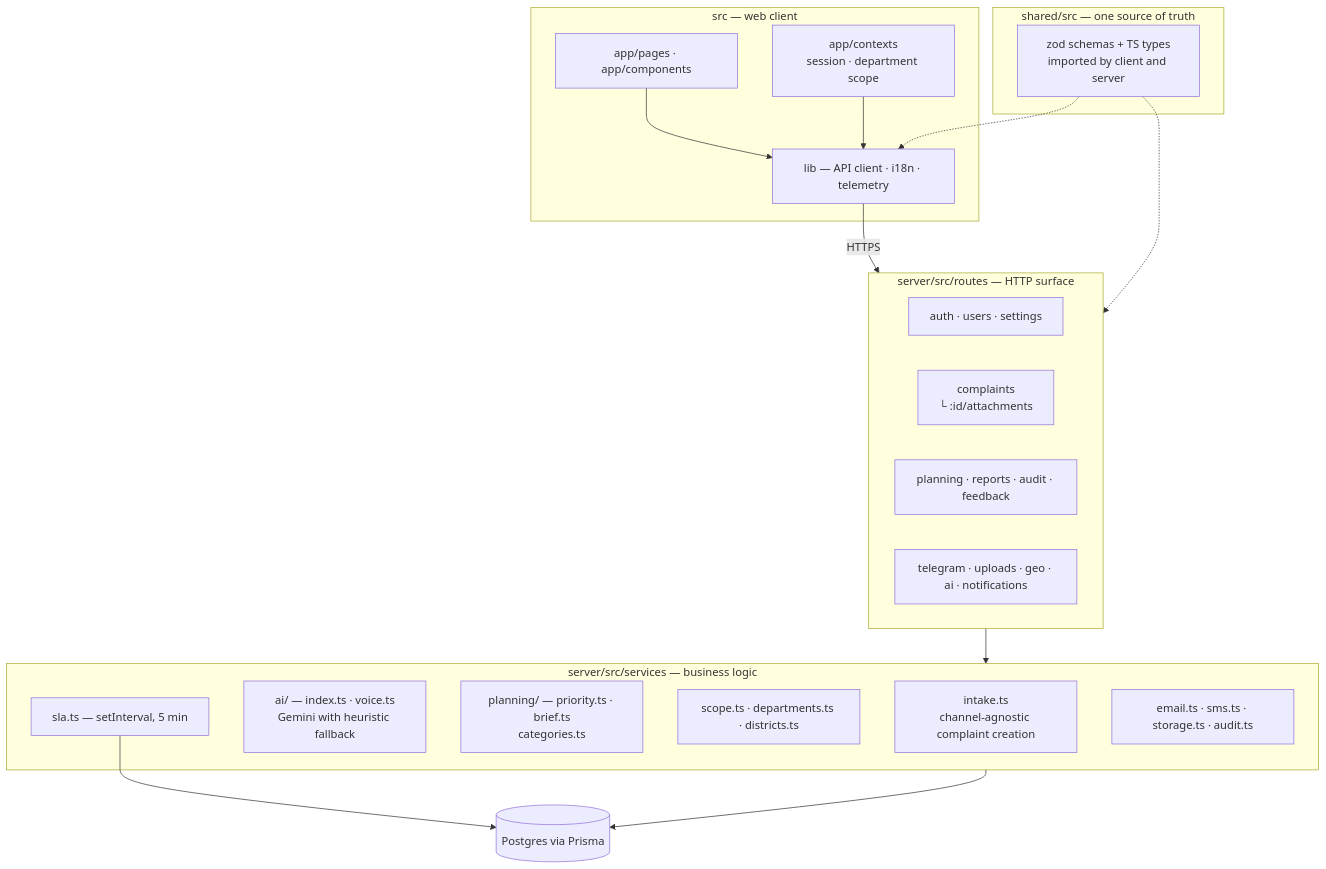
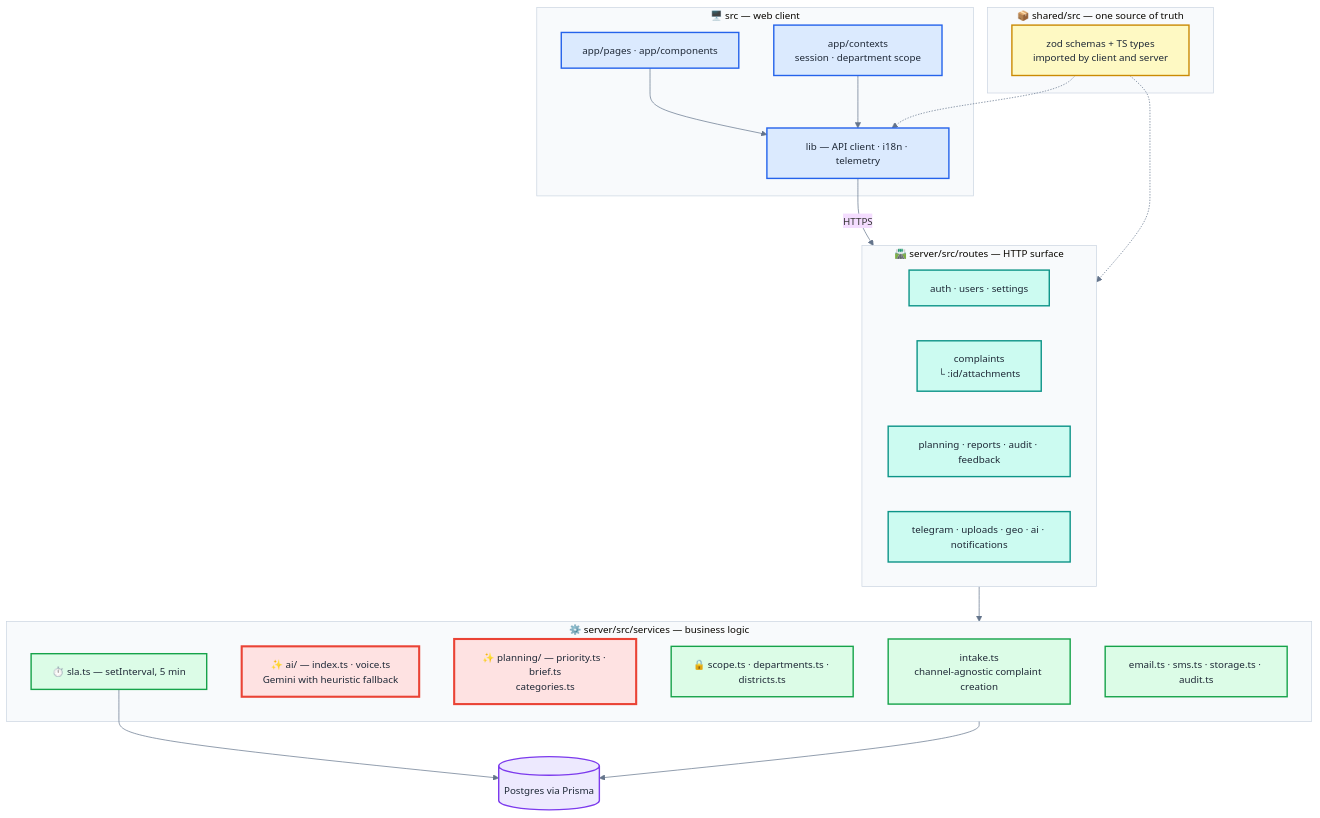
One commit to khushboocodes/Nivaran changed the third of 7 diagrams in README.md. Above: the diagram before and after it, drawn with Mermaid. The commit also changed other lines of this file, not shown here.

First line of the commit message:
docs(readme): colour the diagrams, document every Google call site, expand history

````diff
--- a/README.md
+++ b/README.md
@@ -278,39 +410,54 @@
 ```mermaid
+%%{init: {'theme':'base','themeVariables':{'fontSize':'14px','lineColor':'#64748b','clusterBkg':'#f8fafc','clusterBorder':'#cbd5e1'}}}%%
 graph TB
-    subgraph shared["shared/src — one source of truth"]
+    subgraph shared["📦 shared/src — one source of truth"]
         ZOD["zod schemas + TS types<br/>imported by client and server"]
     end
 
-    subgraph client["src — web client"]
+    subgraph client["🖥️ src — web client"]
         PAGES["app/pages · app/components"]
         CTX["app/contexts<br/>session · department scope"]
         LIB["lib — API client · i18n · telemetry"]
     end
 
-    subgraph routes["server/src/routes — HTTP surface"]
+    subgraph routes["🛣️ server/src/routes — HTTP surface"]
         R1["auth · users · settings"]
         R2["complaints<br/>└ :id/attachments"]
         R3["planning · reports · audit · feedback"]
         R4["telegram · uploads · geo · ai · notifications"]
     end
 
-    subgraph services["server/src/services — business logic"]
+    subgraph services["⚙️ server/src/services — business logic"]
         S1["intake.ts<br/>channel-agnostic complaint creation"]
-        S2["ai/ — index.ts · voice.ts<br/>Gemini with heuristic fallback"]
-        S3["planning/ — priority.ts · brief.ts<br/>categories.ts"]
-        S4["scope.ts · departments.ts · districts.ts"]
-        S5["sla.ts — setInterval, 5 min"]
+        S2["✨ ai/ — index.ts · voice.ts<br/>Gemini with heuristic fallback"]
+        S3["✨ planning/ — priority.ts · brief.ts<br/>categories.ts"]
+        S4["🔒 scope.ts · departments.ts · districts.ts"]
+        S5["⏱️ sla.ts — setInterval, 5 min"]
         S6["email.ts · sms.ts · storage.ts · audit.ts"]
     end
 
     DB[("Postgres via Prisma")]
 
     PAGES --> LIB
     CTX --> LIB
     LIB -->|HTTPS| routes
     ZOD -.-> LIB
     ZOD -.-> routes
     routes --> services
     services --> DB
     S5 --> DB
+
+    classDef contract fill:#fef9c3,stroke:#ca8a04,stroke-width:2px,color:#1f2937
+    classDef web fill:#dbeafe,stroke:#2563eb,stroke-width:2px,color:#1f2937
+    classDef route fill:#ccfbf1,stroke:#0d9488,stroke-width:2px,color:#1f2937
+    classDef svc fill:#dcfce7,stroke:#16a34a,stroke-width:2px,color:#1f2937
+    classDef gemini fill:#fee2e2,stroke:#ea4335,stroke-width:3px,color:#1f2937
+    classDef store fill:#ede9fe,stroke:#7c3aed,stroke-width:2px,color:#1f2937
+
+    class ZOD contract
+    class PAGES,CTX,LIB web
+    class R1,R2,R3,R4 route
+    class S1,S4,S5,S6 svc
+    class S2,S3 gemini
+    class DB store
 ```
````
